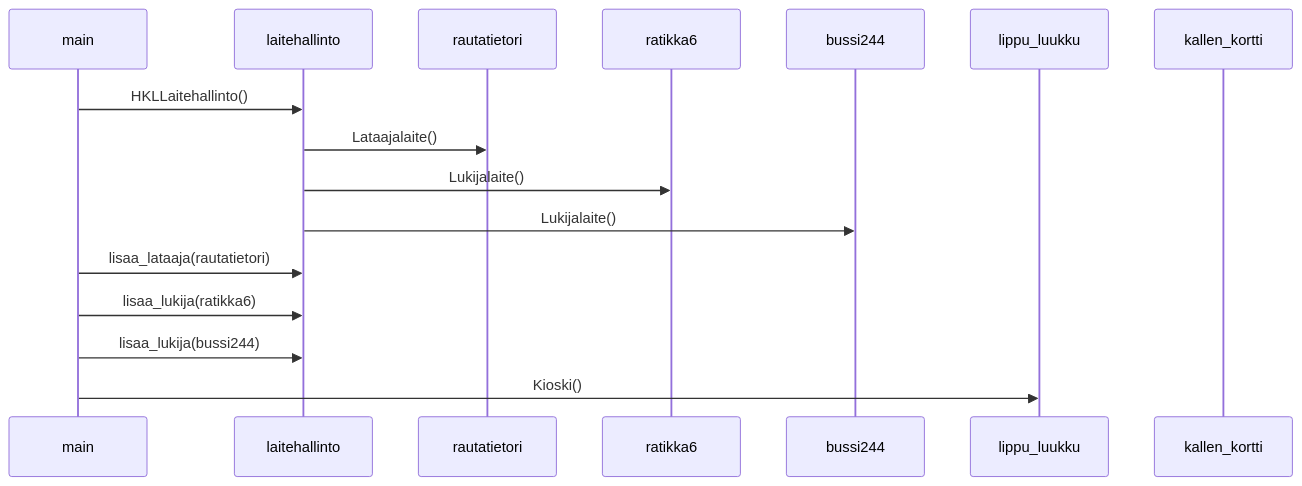
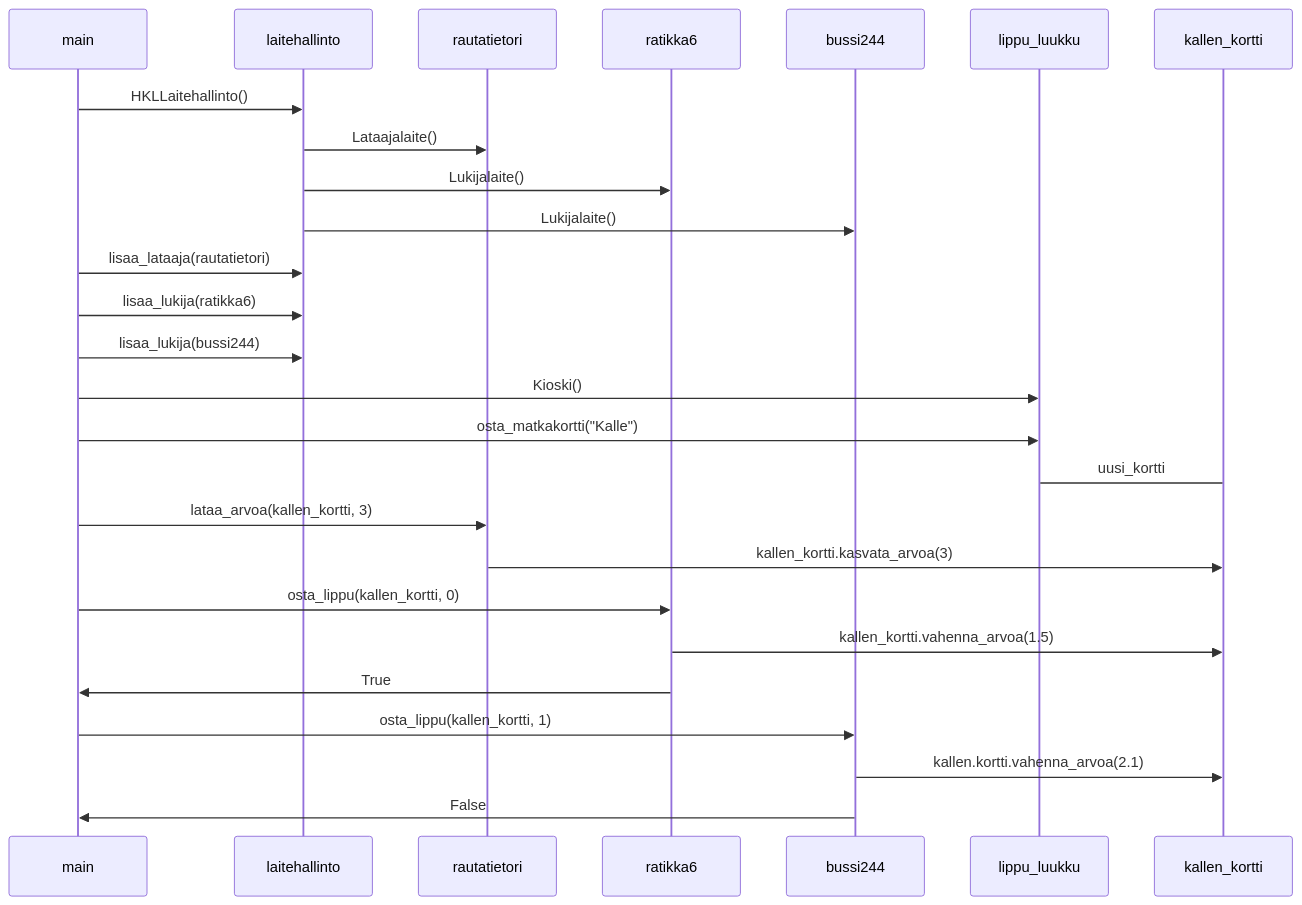
One commit to ttanninen/ot-harjoitustyo changed the diagram in laskarit/viikko3/hsl.md. Above: the diagram before and after it, drawn with Mermaid.

````diff
--- a/laskarit/viikko3/hsl.md
+++ b/laskarit/viikko3/hsl.md
@@ -1,24 +1,37 @@
 ```mermaid
 
 sequenceDiagram
   participant main
   participant laitehallinto
   participant rautatietori
   participant ratikka6
   participant bussi244
   participant lippu_luukku
   participant kallen_kortti
   
     main ->> laitehallinto: HKLLaitehallinto()
     laitehallinto ->> rautatietori: Lataajalaite()
     laitehallinto ->> ratikka6: Lukijalaite()
     laitehallinto ->> bussi244: Lukijalaite()
 
     main ->> laitehallinto: lisaa_lataaja(rautatietori)
     main ->> laitehallinto: lisaa_lukija(ratikka6)
     main ->> laitehallinto: lisaa_lukija(bussi244)
 
     main ->> lippu_luukku: Kioski()
- 
+
+    main ->> lippu_luukku: osta_matkakortti("Kalle")
+    lippu_luukku -> kallen_kortti: uusi_kortti
+
+    main ->> rautatietori: lataa_arvoa(kallen_kortti, 3)
+    rautatietori ->> kallen_kortti: kallen_kortti.kasvata_arvoa(3)
+
+    main ->> ratikka6: osta_lippu(kallen_kortti, 0)
+    ratikka6 ->> kallen_kortti: kallen_kortti.vahenna_arvoa(1.5)
+    ratikka6 ->> main: True
+
+    main ->> bussi244: osta_lippu(kallen_kortti, 1)
+    bussi244 ->> kallen_kortti: kallen.kortti.vahenna_arvoa(2.1)
+    bussi244 ->> main: False 
 
 ```
````
